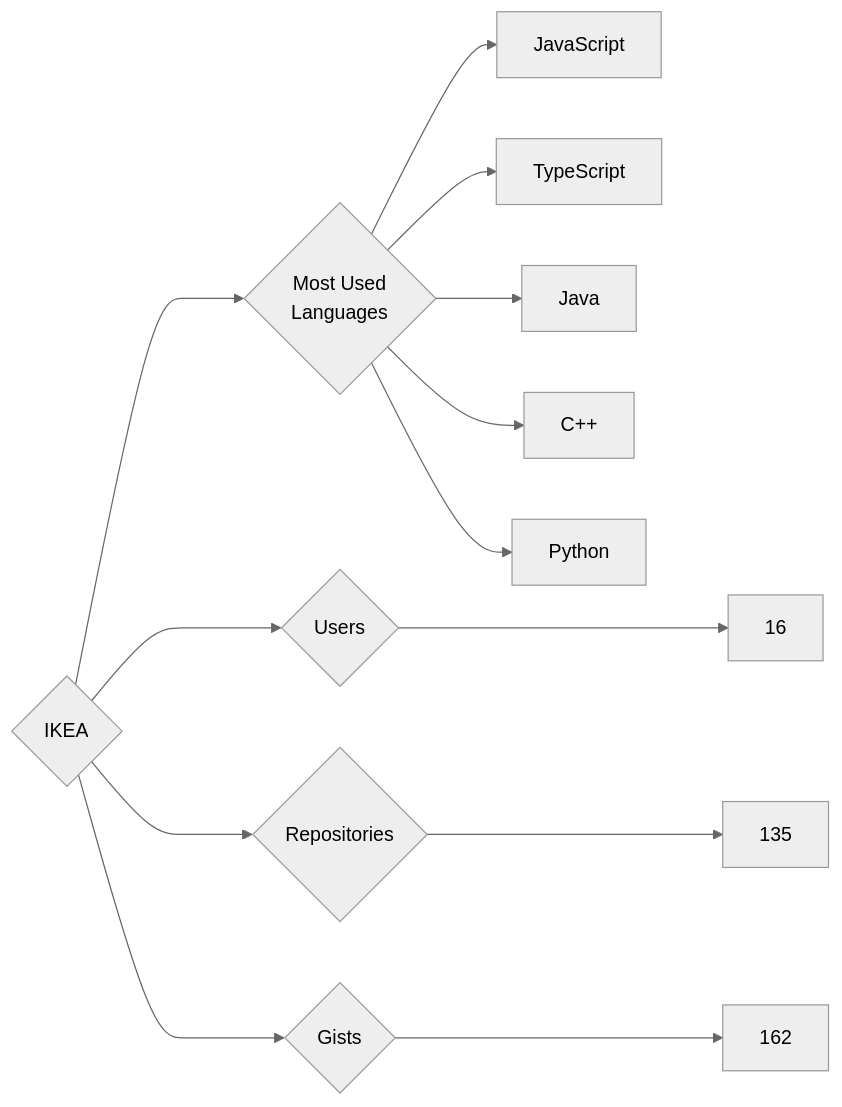
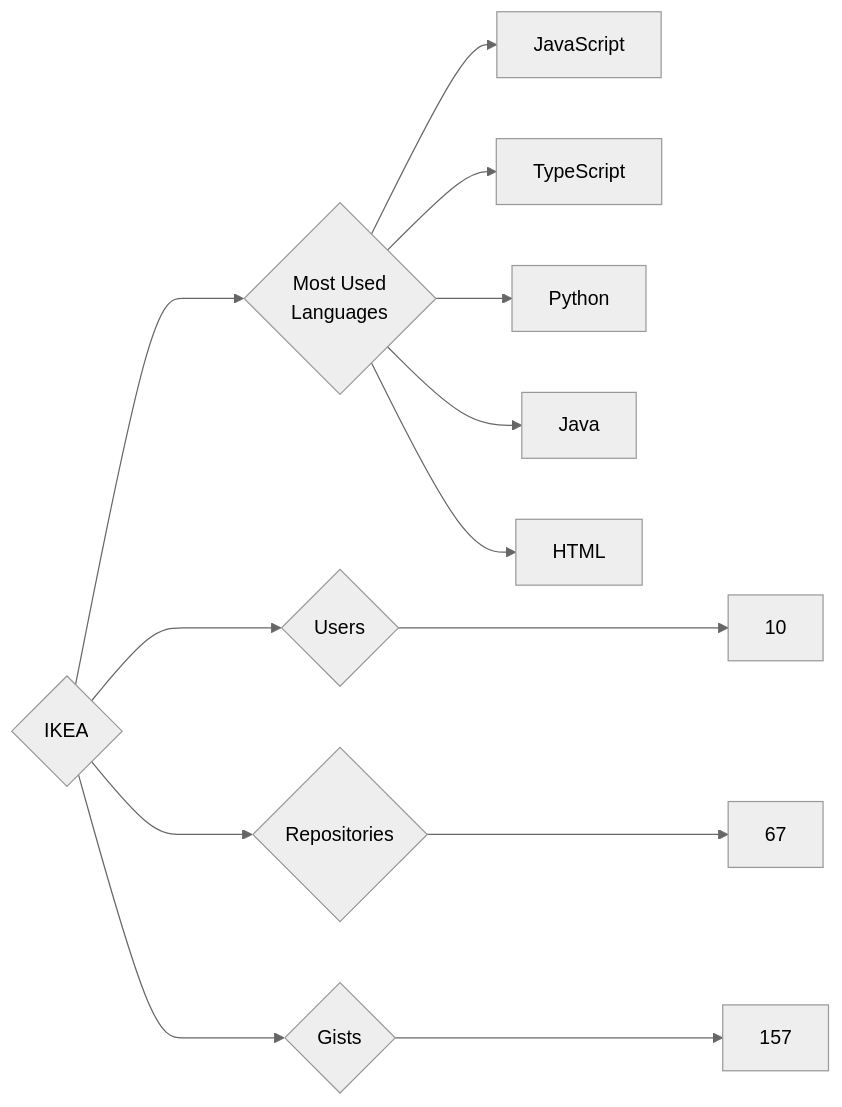
Before and after one commit to trickest/insiders: the diagram in targets/IKEA/README.md, drawn with Mermaid (neutral theme). The commit also changed 1084 other files, not shown here.

````diff
--- a/targets/IKEA/README.md
+++ b/targets/IKEA/README.md
@@ -3,13 +3,13 @@
 ```mermaid
 graph LR
 COMPANY_NAME{IKEA}
-COMPANY_NAME ---> U{Users} ---> UN[16]
-COMPANY_NAME ---> R{Repositories} ---> RN[135]
-COMPANY_NAME ---> G{Gists} ---> GN[162]
+COMPANY_NAME ---> U{Users} ---> UN[10]
+COMPANY_NAME ---> R{Repositories} ---> RN[67]
+COMPANY_NAME ---> G{Gists} ---> GN[157]
 COMPANY_NAME ---> ML{Most Used<br>Languages}
 ML --> JavaScript[JavaScript]
 ML --> TypeScript[TypeScript]
+ML --> Python[Python]
 ML --> Java[Java]
-ML --> C++[C++]
-ML --> Python[Python]
+ML --> HTML[HTML]
 ```
````
